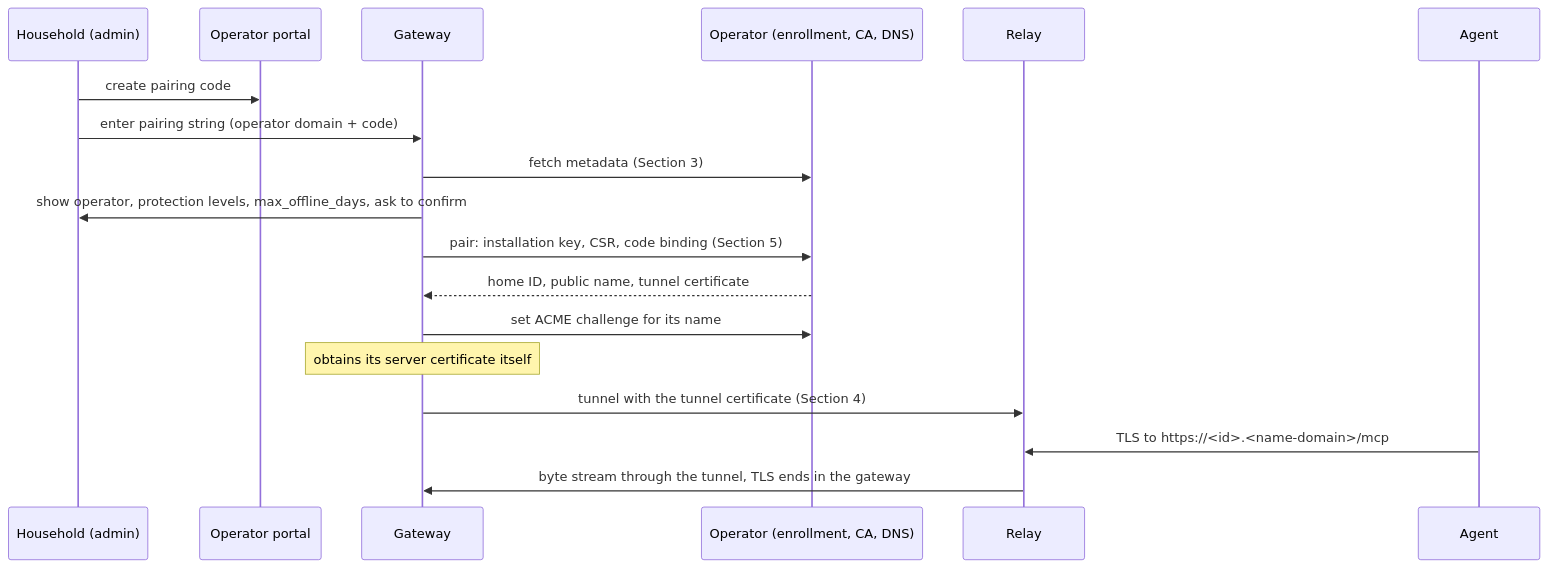
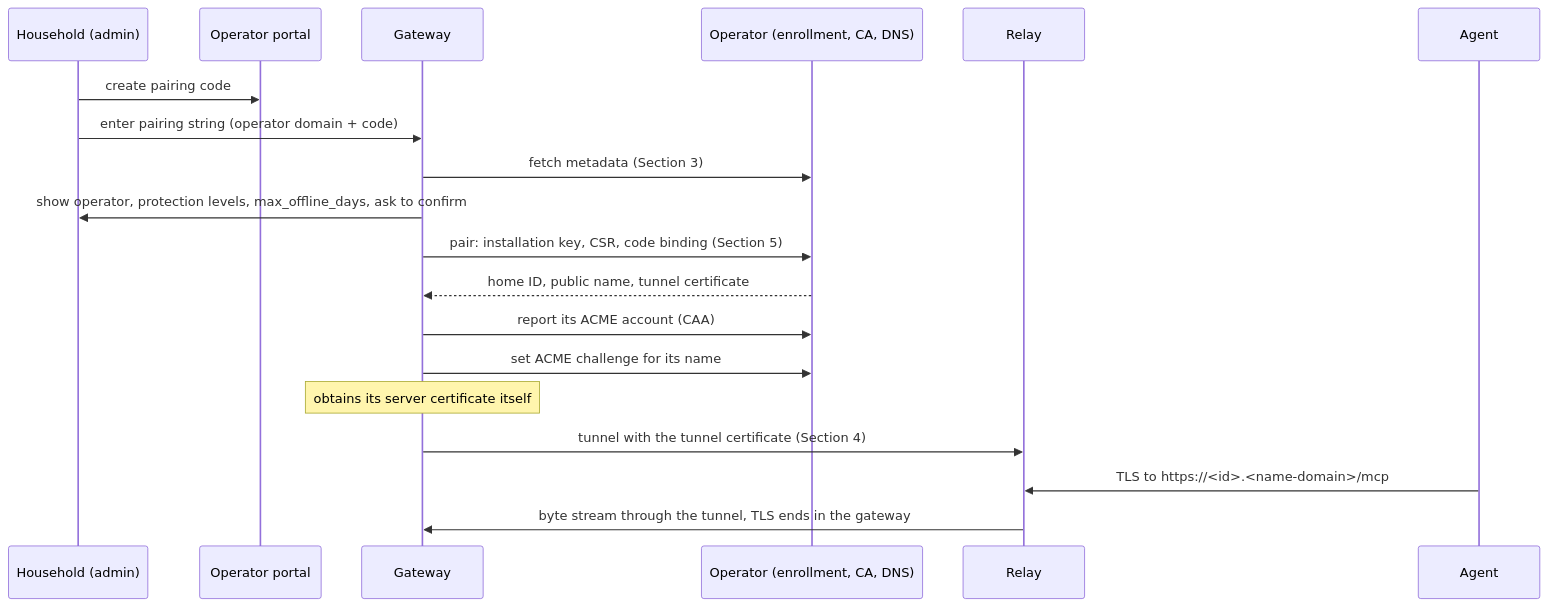
Before and after one commit to home-mandate/spec: the diagram in RELAY-v0.md, drawn with Mermaid. The commit also changed other lines of this file and 20 other files, not shown here.

````diff
--- a/RELAY-v0.md
+++ b/RELAY-v0.md
@@ -64,20 +64,21 @@
 ```mermaid
 sequenceDiagram
   participant U as Household (admin)
   participant P as Operator portal
   participant G as Gateway
   participant O as Operator (enrollment, CA, DNS)
   participant R as Relay
   participant A as Agent
   U->>P: create pairing code
   U->>G: enter pairing string (operator domain + code)
   G->>O: fetch metadata (Section 3)
   G->>U: show operator, protection levels, max_offline_days, ask to confirm
   G->>O: pair: installation key, CSR, code binding (Section 5)
   O-->>G: home ID, public name, tunnel certificate
+  G->>O: report its ACME account (CAA)
   G->>O: set ACME challenge for its name
   Note over G: obtains its server certificate itself
   G->>R: tunnel with the tunnel certificate (Section 4)
   A->>R: TLS to https://#lt;id#gt;.#lt;name-domain#gt;/mcp
   R->>G: byte stream through the tunnel, TLS ends in the gateway
 ```
````
